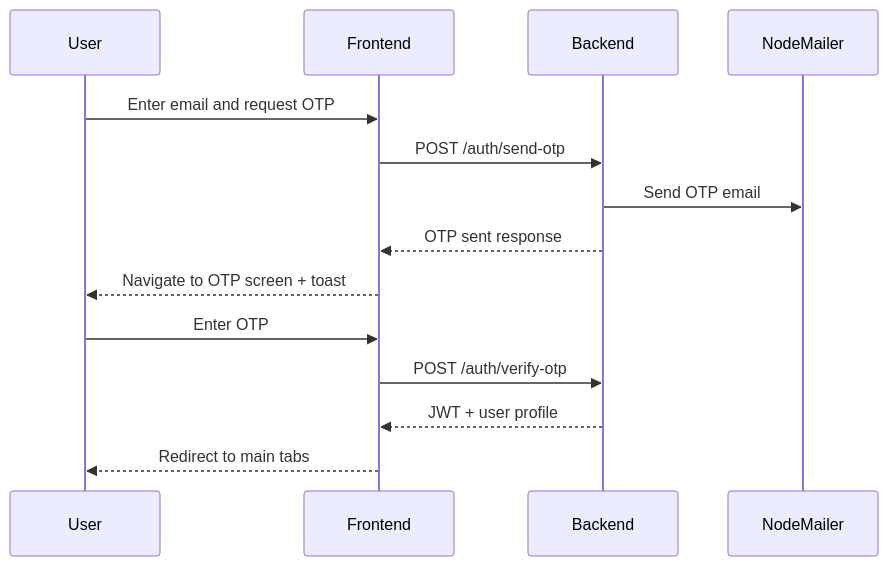
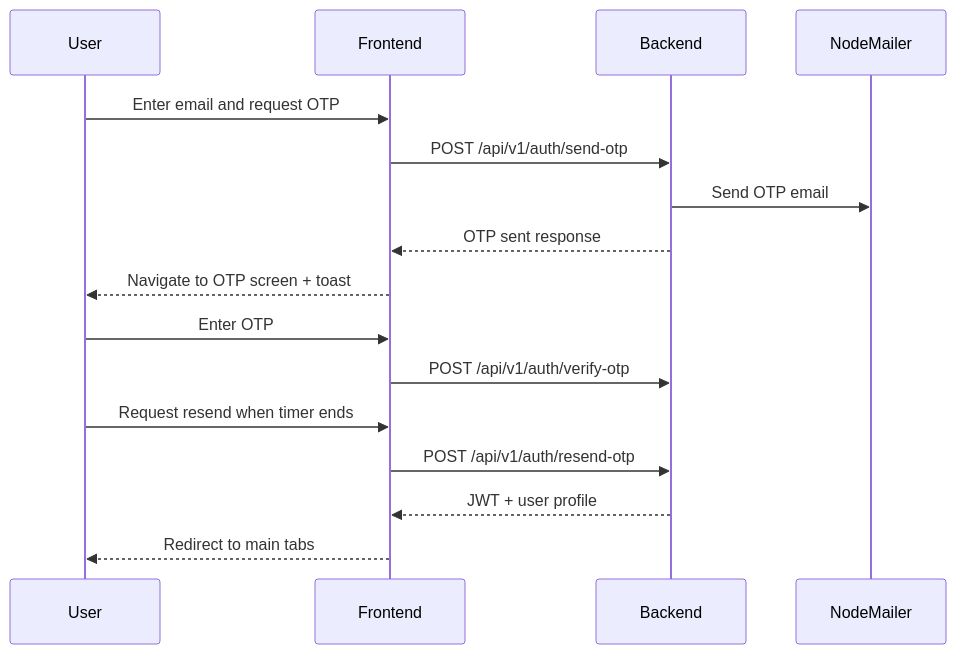
One commit to charanp2006/recurrly changed the second of 7 diagrams in FRONTEND_DOCUMENTATION.md. Above: the diagram before and after it, drawn with Mermaid. The commit also changed other lines of this file and 19 other files, not shown here.

````diff
--- a/FRONTEND_DOCUMENTATION.md
+++ b/FRONTEND_DOCUMENTATION.md
@@ -57,17 +57,19 @@
 ```mermaid
 sequenceDiagram
     participant User
     participant App as Frontend
     participant API as Backend
     participant Mail as NodeMailer
 
     User->>App: Enter email and request OTP
-    App->>API: POST /auth/send-otp
+  App->>API: POST /api/v1/auth/send-otp
     API->>Mail: Send OTP email
     API-->>App: OTP sent response
     App-->>User: Navigate to OTP screen + toast
     User->>App: Enter OTP
-    App->>API: POST /auth/verify-otp
+  App->>API: POST /api/v1/auth/verify-otp
+  User->>App: Request resend when timer ends
+  App->>API: POST /api/v1/auth/resend-otp
     API-->>App: JWT + user profile
     App-->>User: Redirect to main tabs
 ```
````
